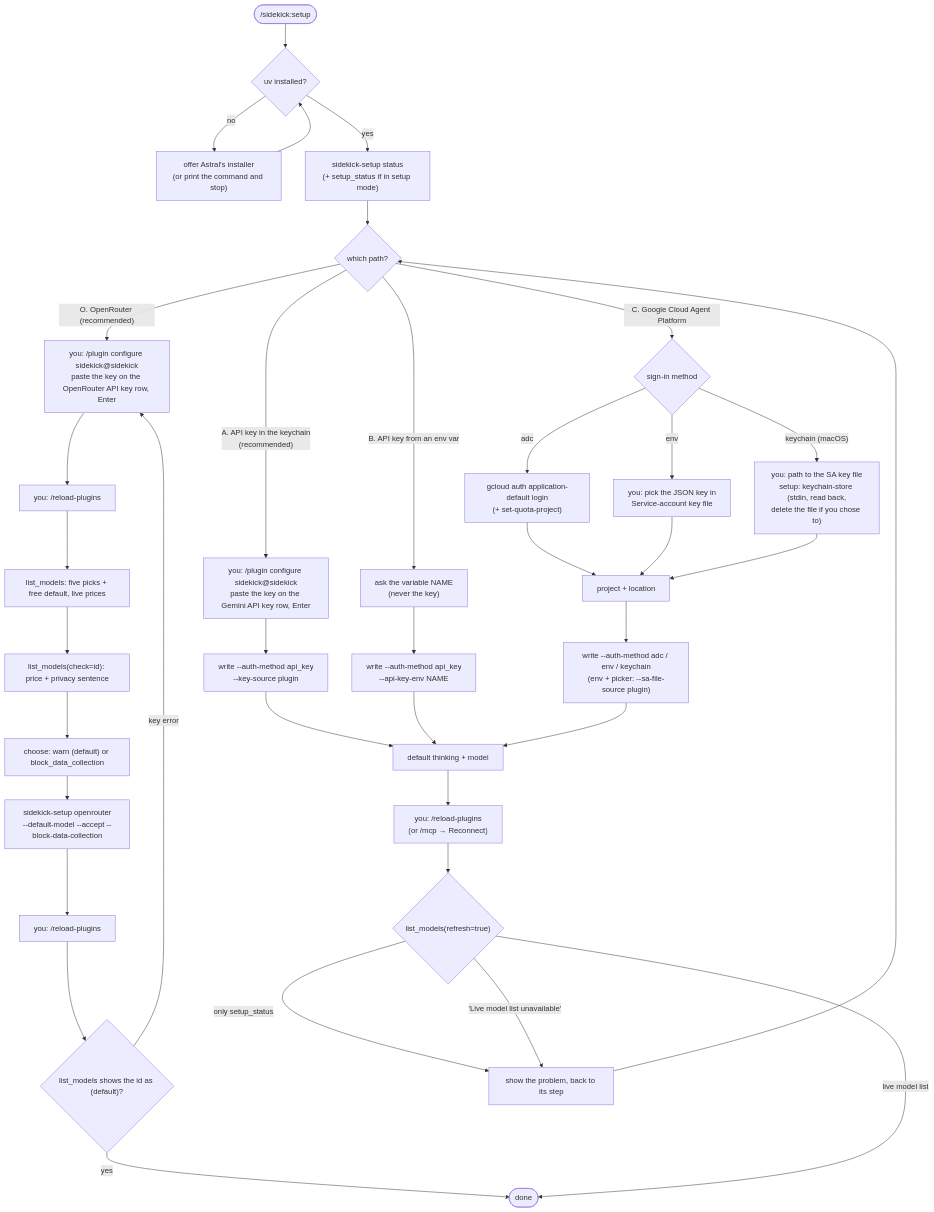
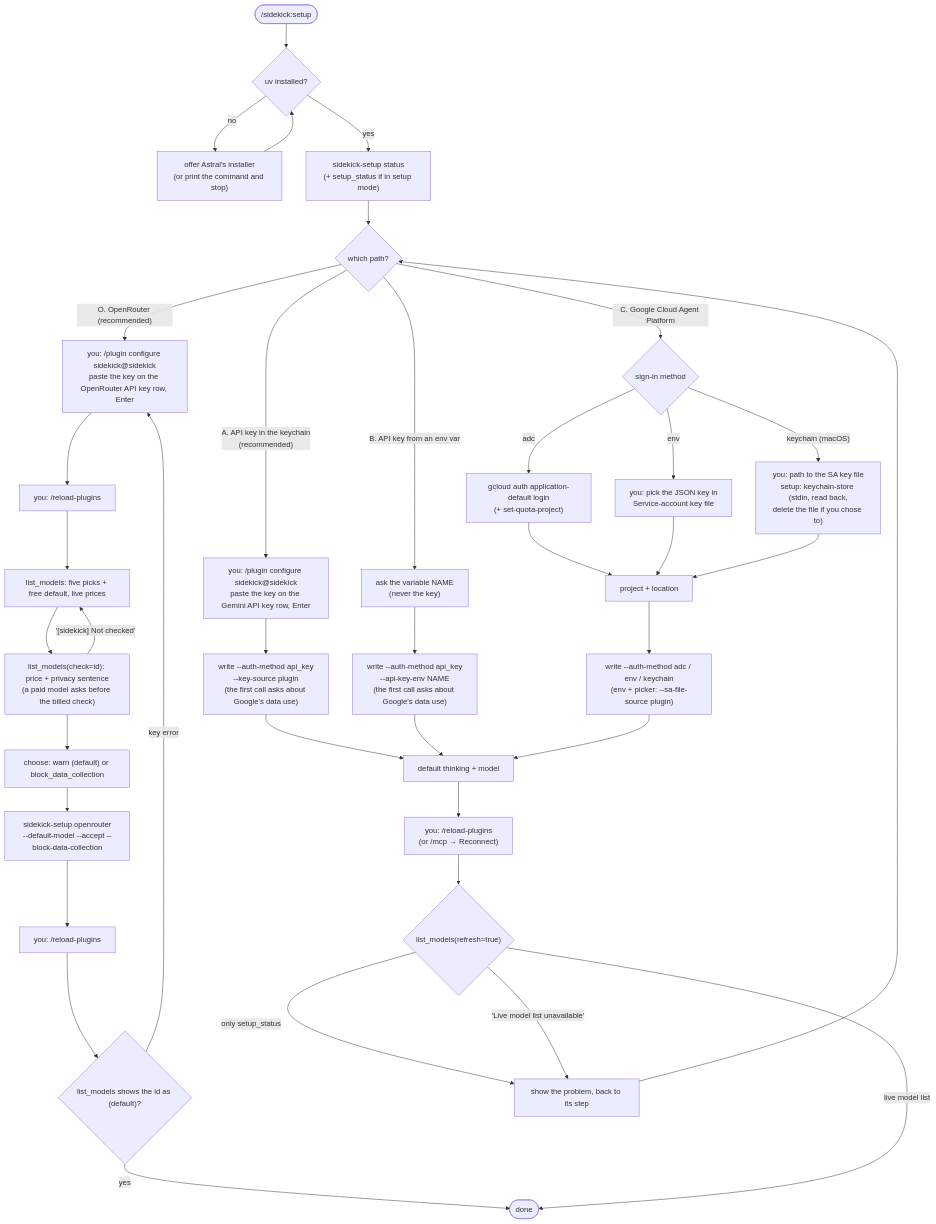
The diagram in docs/diagrams/setup-flow.mermaid (FlintAndFilament/sidekick), drawn with Mermaid before and after one commit. The commit also changed 20 other files, not shown here.

```diff
--- a/docs/diagrams/setup-flow.mermaid
+++ b/docs/diagrams/setup-flow.mermaid
@@ -1,42 +1,43 @@
 flowchart TD
     RUN(["/sidekick:setup"]) --> UV{"uv installed?"}
     UV -->|no| UVI["offer Astral's installer<br/>(or print the command and stop)"]
     UVI --> UV
     UV -->|yes| ST["sidekick-setup status<br/>(+ setup_status if in setup mode)"]
     ST --> PATH{"which path?"}
 
     PATH -->|"O. OpenRouter (recommended)"| O1["you: /plugin configure sidekick@sidekick<br/>paste the key on the OpenRouter API key row, Enter"]
     O1 --> O2["you: /reload-plugins"]
     O2 --> O3["list_models: five picks + free default, live prices"]
-    O3 --> O4["list_models(check=id): price + privacy sentence"]
+    O3 --> O4["list_models(check=id): price + privacy sentence<br/>(a paid model asks before the billed check)"]
+    O4 -->|"'[sidekick] Not checked'"| O3
     O4 --> O5["choose: warn (default) or block_data_collection"]
     O5 --> O6["sidekick-setup openrouter<br/>--default-model --accept --block-data-collection"]
     O6 --> O7["you: /reload-plugins"]
     O7 --> OV{"list_models shows the id as (default)?"}
     OV -->|yes| OK
     OV -->|"key error"| O1
 
     PATH -->|"A. API key in the keychain<br/>(recommended)"| A1["you: /plugin configure sidekick@sidekick<br/>paste the key on the Gemini API key row, Enter"]
-    A1 --> A2["write --auth-method api_key<br/>--key-source plugin"]
+    A1 --> A2["write --auth-method api_key<br/>--key-source plugin<br/>(the first call asks about Google's data use)"]
 
     PATH -->|"B. API key from an env var"| B1["ask the variable NAME<br/>(never the key)"]
-    B1 --> B2["write --auth-method api_key<br/>--api-key-env NAME"]
+    B1 --> B2["write --auth-method api_key<br/>--api-key-env NAME<br/>(the first call asks about Google's data use)"]
 
     PATH -->|"C. Google Cloud Agent Platform"| C0{"sign-in method"}
     C0 -->|adc| C1["gcloud auth application-default login<br/>(+ set-quota-project)"]
     C0 -->|env| C2["you: pick the JSON key in<br/>Service-account key file"]
     C0 -->|"keychain (macOS)"| C3["you: path to the SA key file<br/>setup: keychain-store (stdin, read back,<br/>delete the file if you chose to)"]
     C1 --> C4["project + location"]
     C2 --> C4
     C3 --> C4
     C4 --> C5["write --auth-method adc / env / keychain<br/>(env + picker: --sa-file-source plugin)"]
 
     A2 --> DEF["default thinking + model"]
     B2 --> DEF
     C5 --> DEF
     DEF --> RL["you: /reload-plugins<br/>(or /mcp → Reconnect)"]
     RL --> V{"list_models(refresh=true)"}
     V -->|"live model list"| OK(["done"])
     V -->|"only setup_status"| FIX["show the problem, back to its step"]
     V -->|"'Live model list unavailable'"| FIX
     FIX --> PATH
```
